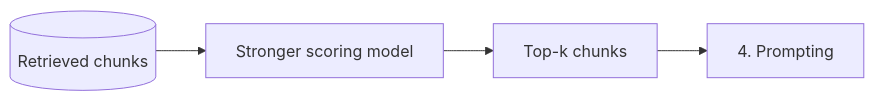
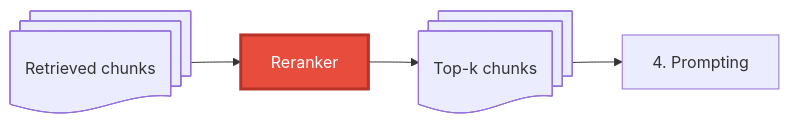
The ninth of 20 diagrams in slides/02-rag.qmd (w4bo/AA2627-unibo-dcai), drawn with Mermaid before and after one commit. The commit also changed other lines of this file and 2 other files, not shown here.

````diff
--- a/slides/02-rag.qmd
+++ b/slides/02-rag.qmd
@@ -548,7 +537,10 @@
 ```{mermaid}
 %%| echo: false
 flowchart LR
-  A[(Retrieved chunks)] --> B[Stronger scoring model]
-  B --> C[Top-k chunks]
-  C --> D[4. Prompting]
+  C@{ shape: docs, label: "Retrieved chunks" } --> R[Reranker]
+  R --> T@{ shape: docs, label: "Top-k chunks" }
+  T --> P[4. Prompting]
+
+  classDef focus fill:#e74c3c,color:#fff,stroke:#b83227,stroke-width:3px
+  class R focus
 ```
````
